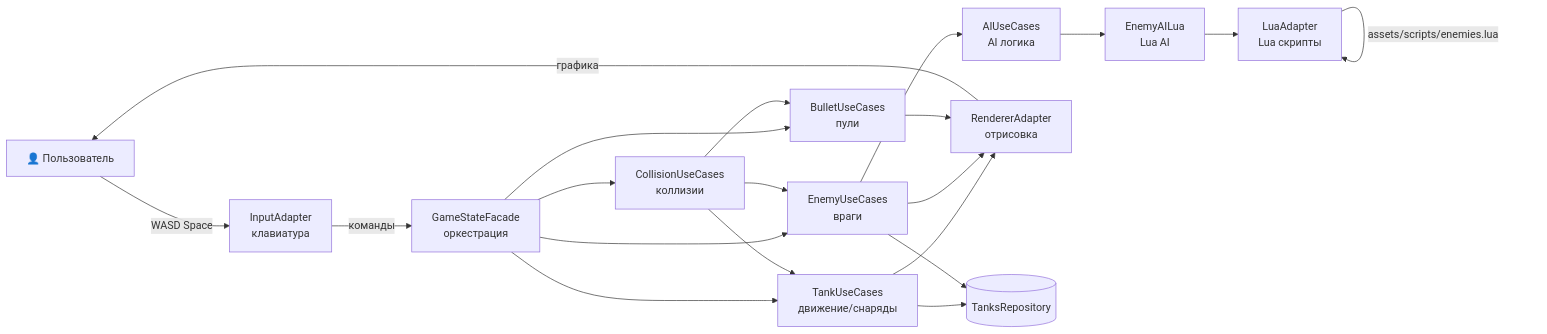
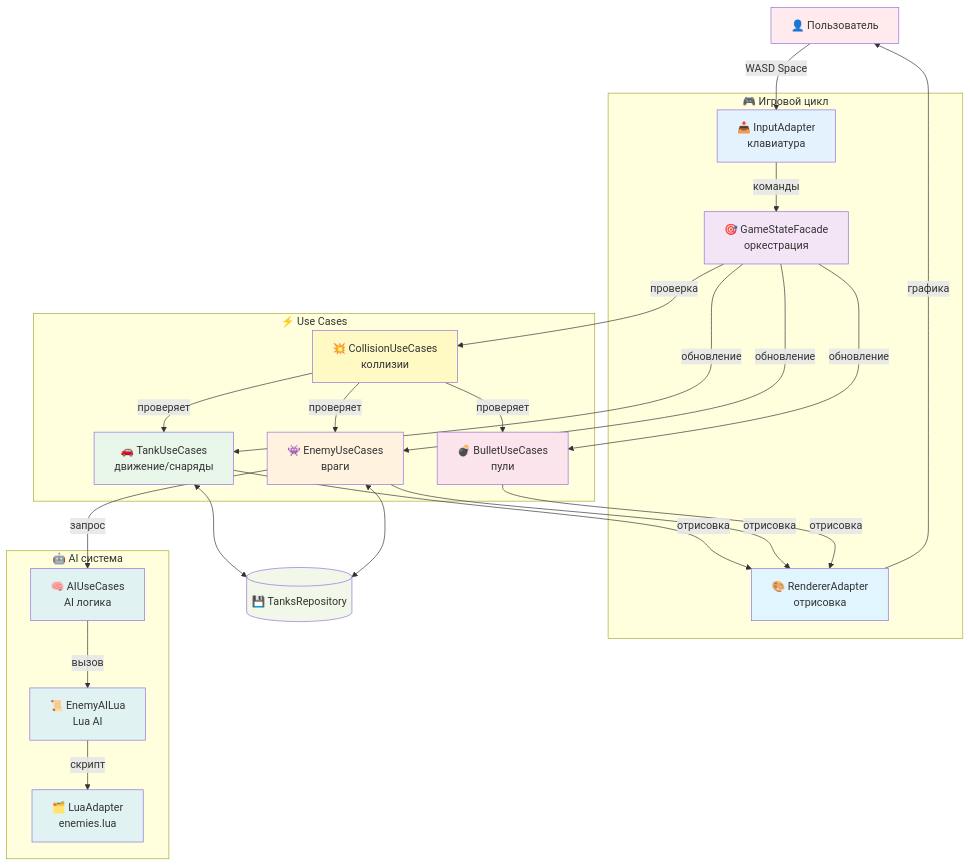
The second of 3 diagrams in README.md (shpaker/tnk9x), drawn with Mermaid before and after one commit. The commit also changed other lines of this file and 16 other files, not shown here.

````diff
--- a/README.md
+++ b/README.md
@@ -137,35 +148,57 @@
 ```mermaid
-graph LR
+flowchart TB
     User[👤 Пользователь]
-    Input[InputAdapter<br/>клавиатура]
-    Facade[GameStateFacade<br/>оркестрация]
-    Tank[TankUseCases<br/>движение/снаряды]
-    Enemy[EnemyUseCases<br/>враги]
-    AI[AIUseCases<br/>AI логика]
-    AILua[EnemyAILua<br/>Lua AI]
-    Lua[LuaAdapter<br/>Lua скрипты]
-    Bullet[BulletUseCases<br/>пули]
-    Collision[CollisionUseCases<br/>коллизии]
-    Render[RendererAdapter<br/>отрисовка]
-    TanksRepo[(TanksRepository)]
+    
+    subgraph "🎮 Игровой цикл"
+        Input[📥 InputAdapter<br/>клавиатура]
+        Facade[🎯 GameStateFacade<br/>оркестрация]
+        Render[🎨 RendererAdapter<br/>отрисовка]
+    end
+    
+    subgraph "⚡ Use Cases"
+        Tank[🚗 TankUseCases<br/>движение/снаряды]
+        Enemy[👾 EnemyUseCases<br/>враги]
+        Bullet[💣 BulletUseCases<br/>пули]
+        Collision[💥 CollisionUseCases<br/>коллизии]
+    end
+    
+    subgraph "🤖 AI система"
+        AI[🧠 AIUseCases<br/>AI логика]
+        AILua[📜 EnemyAILua<br/>Lua AI]
+        Lua[🗂️ LuaAdapter<br/>enemies.lua]
+    end
+    
+    TanksRepo[(💾 TanksRepository)]
     
     User -->|WASD Space| Input
     Input -->|команды| Facade
-    Facade --> Tank
-    Facade --> Enemy
-    Facade --> Bullet
-    Facade --> Collision
-    Enemy --> AI
-    AI --> AILua
-    AILua --> Lua
-    Lua -->|assets/scripts/enemies.lua| Lua
-    Tank --> TanksRepo
-    Enemy --> TanksRepo
-    Collision --> Tank
-    Collision --> Enemy
-    Collision --> Bullet
-    Tank --> Render
-    Enemy --> Render
-    Bullet --> Render
+    Facade -->|обновление| Tank
+    Facade -->|обновление| Enemy
+    Facade -->|обновление| Bullet
+    Facade -->|проверка| Collision
+    Enemy -->|запрос| AI
+    AI -->|вызов| AILua
+    AILua -->|скрипт| Lua
+    Tank <--> TanksRepo
+    Enemy <--> TanksRepo
+    Collision -->|проверяет| Tank
+    Collision -->|проверяет| Enemy
+    Collision -->|проверяет| Bullet
+    Tank -->|отрисовка| Render
+    Enemy -->|отрисовка| Render
+    Bullet -->|отрисовка| Render
     Render -->|графика| User
+    
+    style User fill:#ffebee
+    style Input fill:#e3f2fd
+    style Facade fill:#f3e5f5
+    style Render fill:#e1f5ff
+    style Tank fill:#e8f5e9
+    style Enemy fill:#fff3e0
+    style Bullet fill:#fce4ec
+    style Collision fill:#fff9c4
+    style AI fill:#e0f2f1
+    style AILua fill:#e0f2f1
+    style Lua fill:#e0f2f1
+    style TanksRepo fill:#f1f8e9
 ```
````
